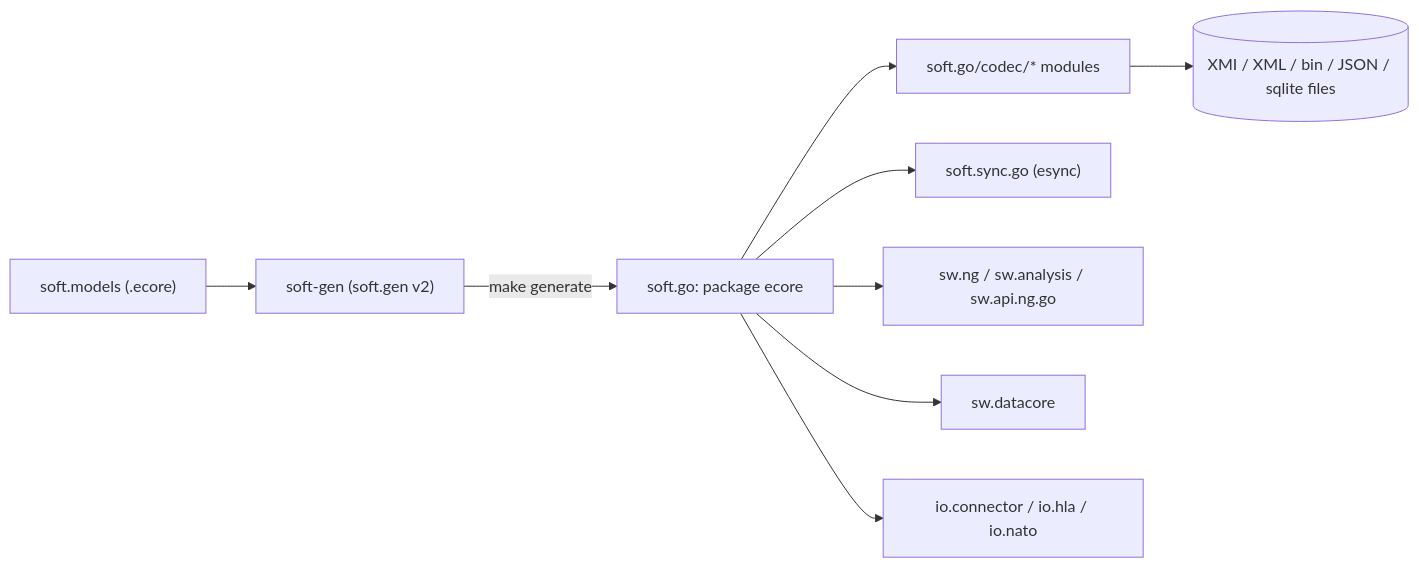
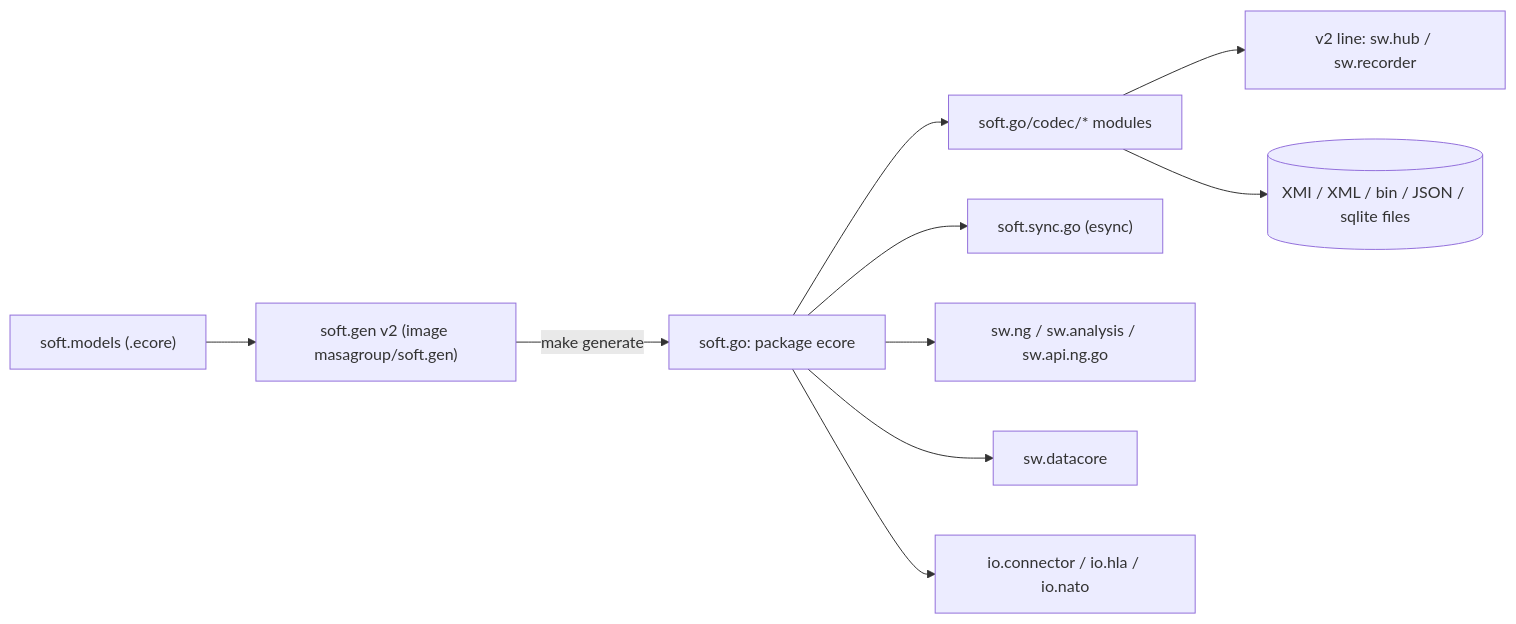
One commit to masagroup/soft.go changed the first of 2 diagrams in README.md. Above: the diagram before and after it, drawn with Mermaid. The commit also changed other lines of this file, not shown here.

Commit message:
docs(readme): soft.gen image, .generator.yaml and current consumers

````diff
--- a/README.md
+++ b/README.md
@@ -53,11 +57,12 @@
 ```mermaid
 flowchart LR
-    models["soft.models (.ecore)"] --> gen["soft-gen (soft.gen v2)"]
+    models["soft.models (.ecore)"] --> gen["soft.gen v2 (image masagroup/soft.gen)"]
     gen -->|"make generate"| ecore["soft.go: package ecore"]
     ecore --> codecs["soft.go/codec/* modules"]
     ecore --> syncgo["soft.sync.go (esync)"]
     ecore --> ng["sw.ng / sw.analysis / sw.api.ng.go"]
+    codecs --> v2["v2 line: sw.hub / sw.recorder"]
     ecore --> dc["sw.datacore"]
     ecore --> ioc["io.connector / io.hla / io.nato"]
     codecs --> files[("XMI / XML / bin / JSON / sqlite files")]
 ```
````
